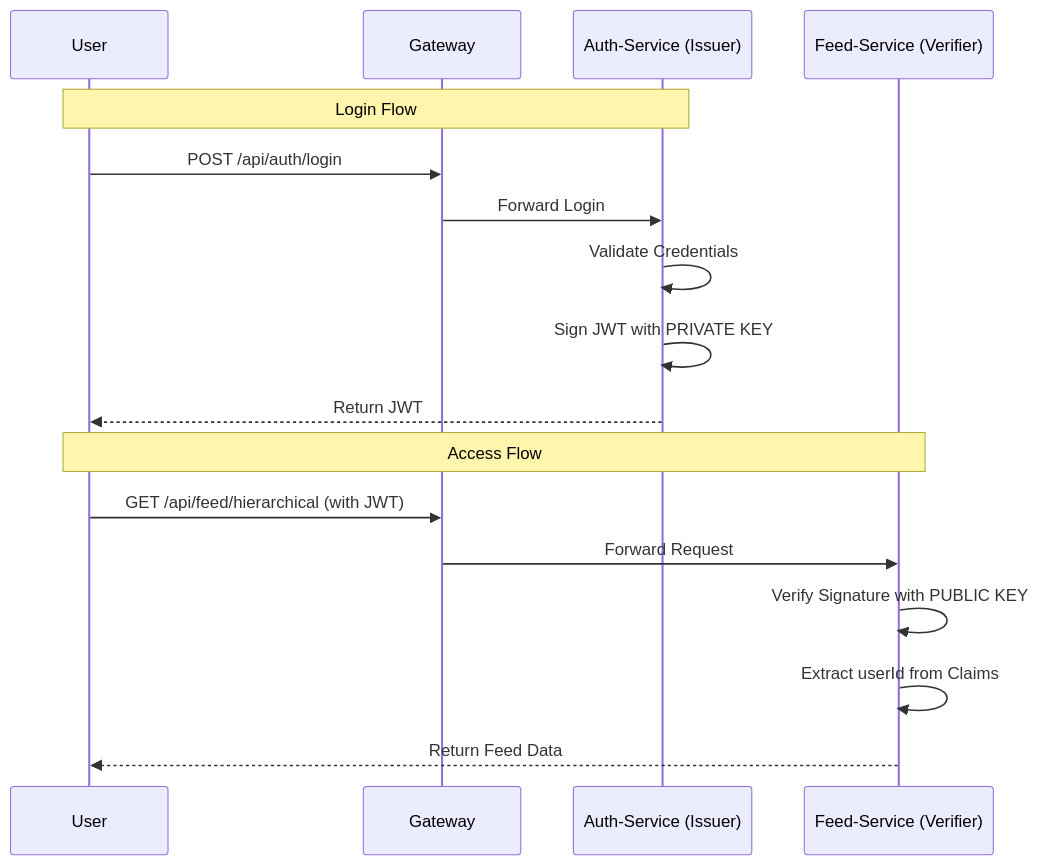
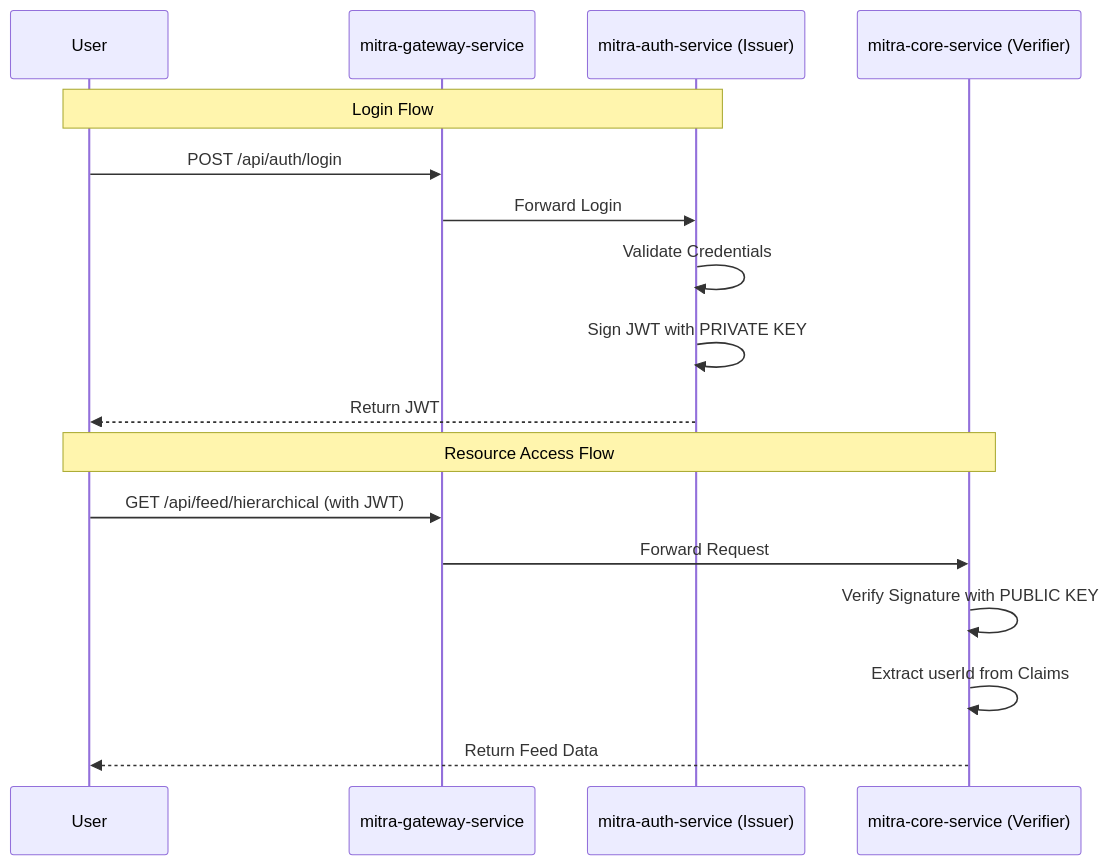
The diagram in JWT_FLOW.md (Vinayakabhat44/HearYou), drawn with Mermaid before and after one commit. The commit also changed other lines of this file and 357 other files, not shown here.

````diff
--- a/JWT_FLOW.md
+++ b/JWT_FLOW.md
@@ -55,21 +47,21 @@
 ```mermaid
 sequenceDiagram
     participant User
-    participant Gateway
-    participant Auth as Auth-Service (Issuer)
-    participant Feed as Feed-Service (Verifier)
+    participant Gateway as mitra-gateway-service
+    participant Auth as mitra-auth-service (Issuer)
+    participant Core as mitra-core-service (Verifier)
 
     Note over User,Auth: Login Flow
     User->>Gateway: POST /api/auth/login
     Gateway->>Auth: Forward Login
     Auth->>Auth: Validate Credentials
     Auth->>Auth: Sign JWT with PRIVATE KEY
     Auth-->>User: Return JWT
 
-    Note over User,Feed: Access Flow
+    Note over User,Core: Resource Access Flow
     User->>Gateway: GET /api/feed/hierarchical (with JWT)
-    Gateway->>Feed: Forward Request
-    Feed->>Feed: Verify Signature with PUBLIC KEY
-    Feed->>Feed: Extract userId from Claims
-    Feed-->>User: Return Feed Data
+    Gateway->>Core: Forward Request
+    Core->>Core: Verify Signature with PUBLIC KEY
+    Core->>Core: Extract userId from Claims
+    Core-->>User: Return Feed Data
 ```
````
